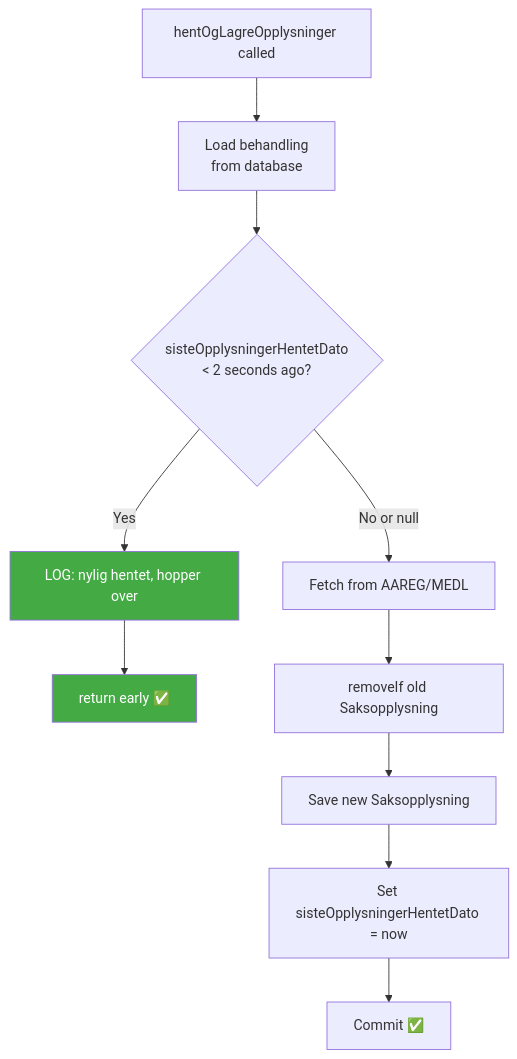
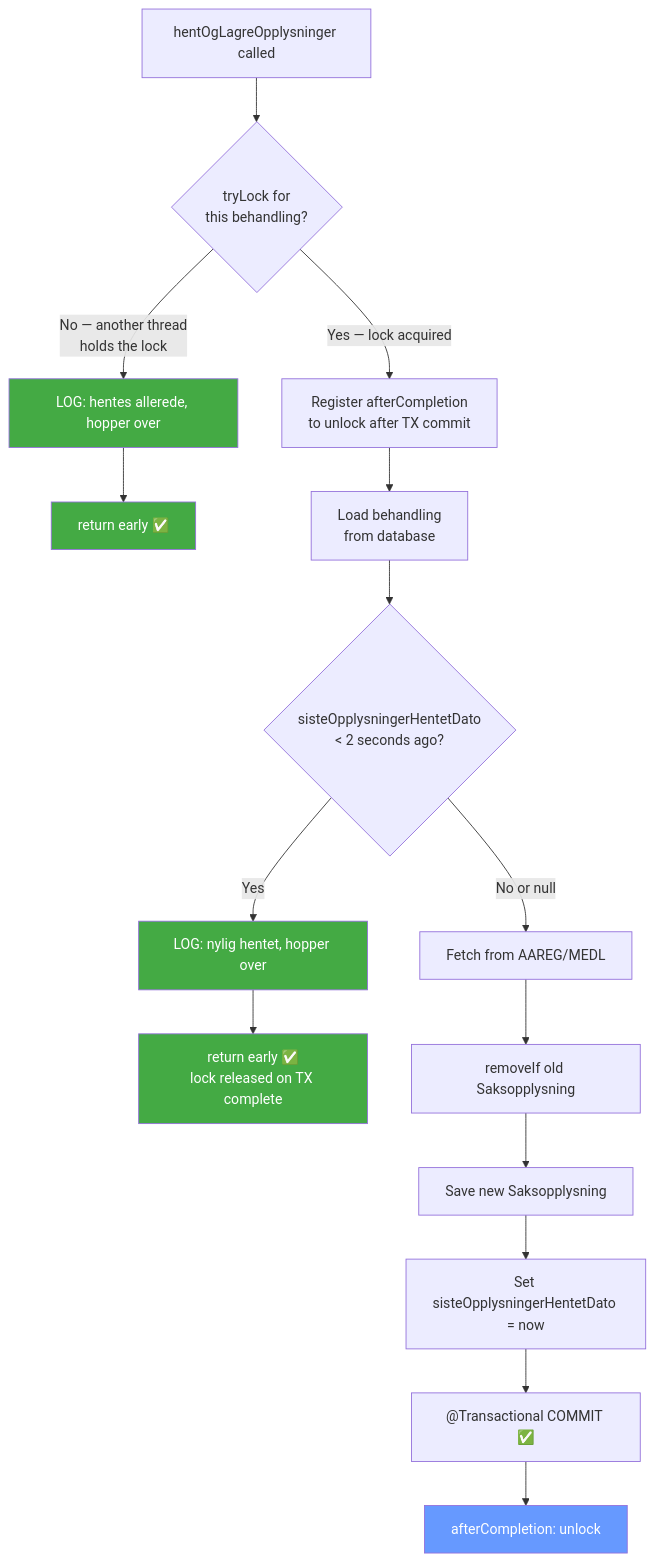
One commit to navikt/melosys-e2e-tests changed the fourth of 11 diagrams in docs/reports/saksopplysningkilde-complete-fix-2026-02-25.md. Above: the diagram before and after it, drawn with Mermaid. The commit also changed other lines of this file, not shown here.

````diff
--- a/docs/reports/saksopplysningkilde-complete-fix-2026-02-25.md
+++ b/docs/reports/saksopplysningkilde-complete-fix-2026-02-25.md
@@ -255,15 +275,23 @@
 ```mermaid
 flowchart TD
-    A[hentOgLagreOpplysninger called] --> B[Load behandling<br/>from database]
-    B --> C{sisteOpplysningerHentetDato<br/>< 2 seconds ago?}
-    C -->|Yes| D[LOG: nylig hentet, hopper over]
-    D --> E[return early ✅]
-    C -->|No or null| F[Fetch from AAREG/MEDL]
-    F --> G[removeIf old Saksopplysning]
-    G --> H[Save new Saksopplysning]
-    H --> I[Set sisteOpplysningerHentetDato = now]
-    I --> J[Commit ✅]
+    A[hentOgLagreOpplysninger called] --> B{tryLock for<br/>this behandling?}
+    B -->|No — another thread<br/>holds the lock| C[LOG: hentes allerede, hopper over]
+    C --> D[return early ✅]
+    B -->|Yes — lock acquired| E[Register afterCompletion<br/>to unlock after TX commit]
+    E --> F[Load behandling<br/>from database]
+    F --> G{sisteOpplysningerHentetDato<br/>< 2 seconds ago?}
+    G -->|Yes| H[LOG: nylig hentet, hopper over]
+    H --> I[return early ✅<br/>lock released on TX complete]
+    G -->|No or null| J[Fetch from AAREG/MEDL]
+    J --> K[removeIf old Saksopplysning]
+    K --> L[Save new Saksopplysning]
+    L --> M[Set sisteOpplysningerHentetDato = now]
+    M --> N["@Transactional COMMIT ✅"]
+    N --> O[afterCompletion: unlock]
 
+    style C fill:#4a4,color:#fff
     style D fill:#4a4,color:#fff
-    style E fill:#4a4,color:#fff
+    style H fill:#4a4,color:#fff
+    style I fill:#4a4,color:#fff
+    style O fill:#69f,color:#fff
 ```
````
